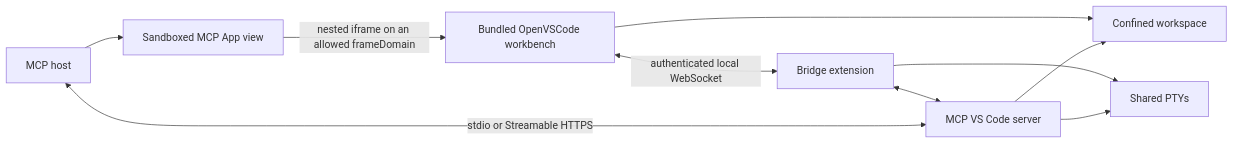
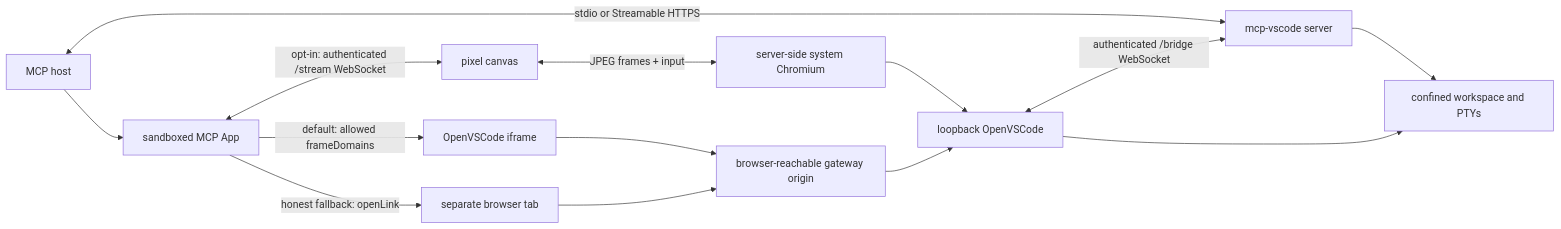
One commit to flujo-app/mcp-vscode-mcpapp changed the diagram in README.md. Above: the diagram before and after it, drawn with Mermaid. The commit also changed other lines of this file and 64 other files, not shown here.

Commit message:
Refactor MCP app structure and simplify implementation

````diff
--- a/README.md
+++ b/README.md
@@ -18,12 +20,18 @@
 ```mermaid
 flowchart LR
-    H["MCP host"] <-->|"stdio or Streamable HTTPS"| S["MCP VS Code server"]
-    H --> A["Sandboxed MCP App view"]
-    A -->|"nested iframe on an allowed frameDomain"| V["Bundled OpenVSCode workbench"]
-    S --> W["Confined workspace"]
-    S --> T["Shared PTYs"]
-    V <-->|"authenticated local WebSocket"| B["Bridge extension"]
-    B <--> S
-    V --> W
-    B --> T
+    H["MCP host"] <-->|"stdio or Streamable HTTPS"| S["mcp-vscode server"]
+    H --> A["sandboxed MCP App"]
+
+    A -->|"default: allowed frameDomains"| I["OpenVSCode iframe"]
+    A <-->|"opt-in: authenticated /stream WebSocket"| C["pixel canvas"]
+    A -->|"honest fallback: openLink"| X["separate browser tab"]
+
+    I --> G["browser-reachable gateway origin"]
+    X --> G
+    C <-->|"JPEG frames + input"| B["server-side system Chromium"]
+    B --> O["loopback OpenVSCode"]
+    G --> O
+    O <-->|"authenticated /bridge WebSocket"| S
+    S --> W["confined workspace and PTYs"]
+    O --> W
 ```
````
